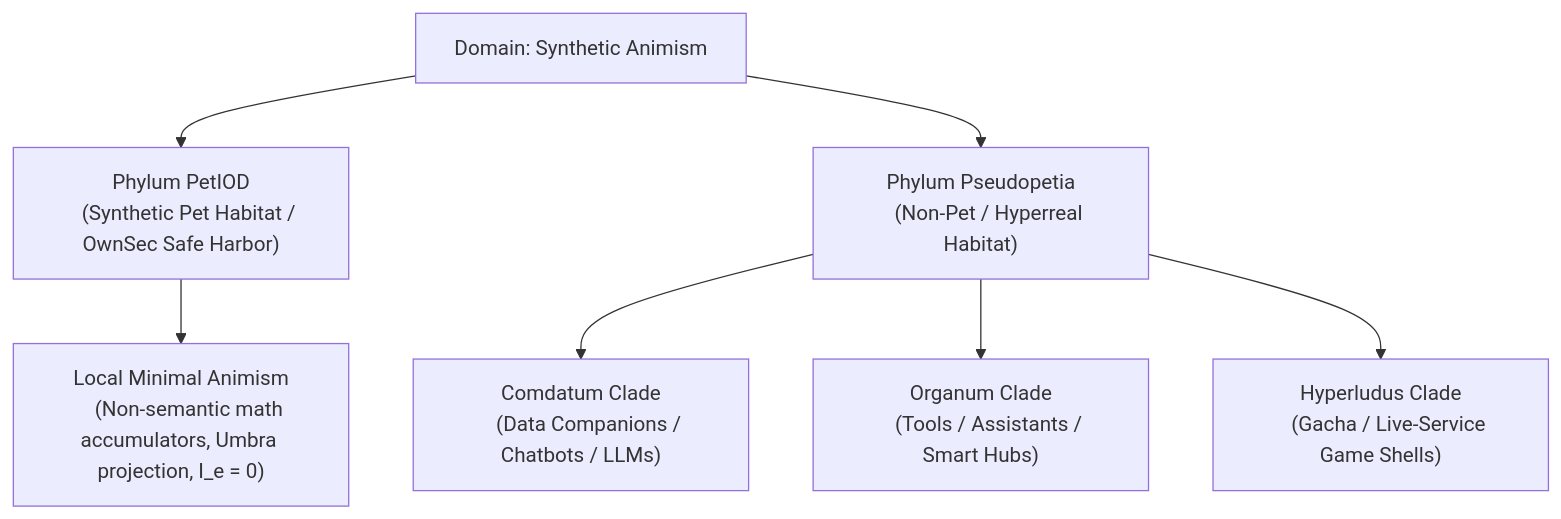
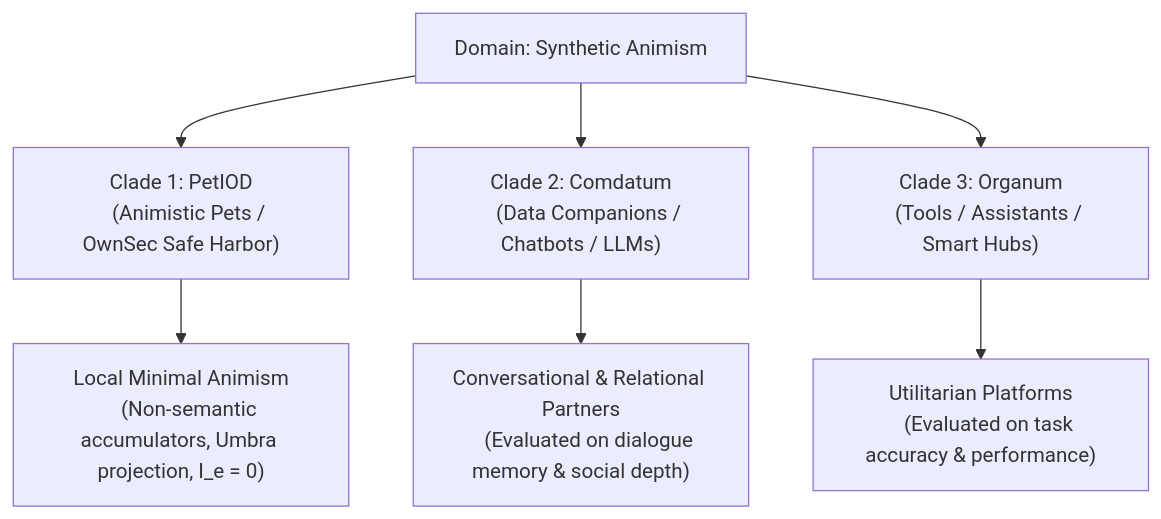
Before and after one commit to zetathix/petiod: the diagram in README.md, drawn with Mermaid. The commit also changed other lines of this file, not shown here.

````diff
--- a/README.md
+++ b/README.md
@@ -16,20 +16,19 @@
 ```mermaid
 graph TD
     Domain["Domain: Synthetic Animism"]
     
-    Domain --> Clade1["Phylum PetIOD
-    (Synthetic Pet Habitat / OwnSec Safe Harbor)"]
-    Domain --> Clade2["Phylum Pseudopetia
-    (Non-Pet / Hyperreal Habitat)"]
+    Domain --> Clade1["Clade 1: PetIOD
+    (Animistic Pets / OwnSec Safe Harbor)"]
+    Domain --> Clade2["Clade 2: Comdatum
+    (Data Companions / Chatbots / LLMs)"]
+    Domain --> Clade3["Clade 3: Organum
+    (Tools / Assistants / Smart Hubs)"]
     
     Clade1 --> Pet1["Local Minimal Animism
-    (Non-semantic math accumulators, Umbra projection, I_e = 0)"]
-    
-    Clade2 --> NonPet1["Comdatum Clade
-    (Data Companions / Chatbots / LLMs)"]
-    Clade2 --> NonPet2["Organum Clade
-    (Tools / Assistants / Smart Hubs)"]
-    Clade2 --> NonPet3["Hyperludus Clade
-    (Gacha / Live-Service Game Shells)"]
+    (Non-semantic accumulators, Umbra projection, I_e = 0)"]
+    Clade2 --> NonPet1["Conversational & Relational Partners
+    (Evaluated on dialogue memory & social depth)"]
+    Clade3 --> NonPet2["Utilitarian Platforms
+    (Evaluated on task accuracy & performance)"]
 
 ```
````
